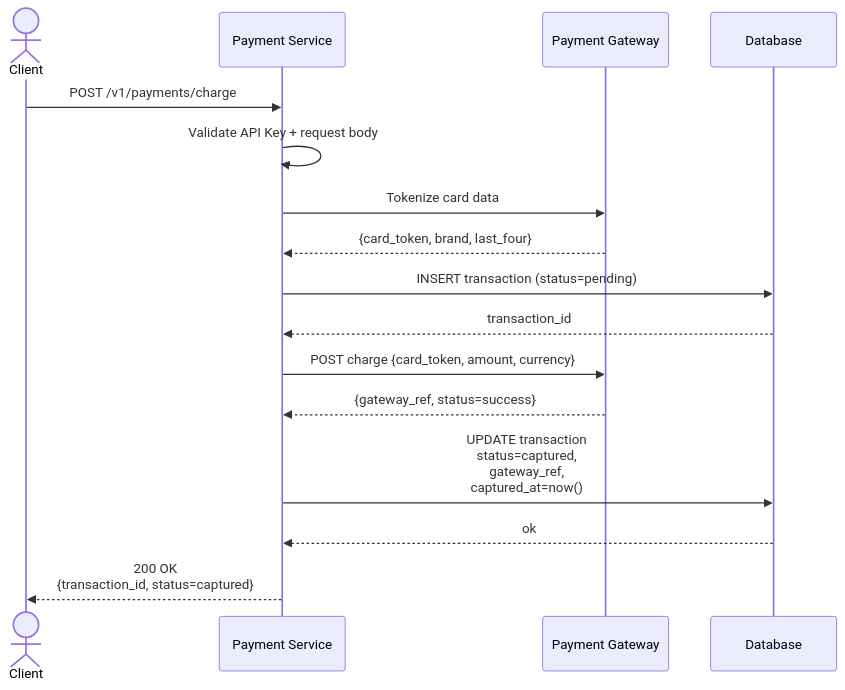
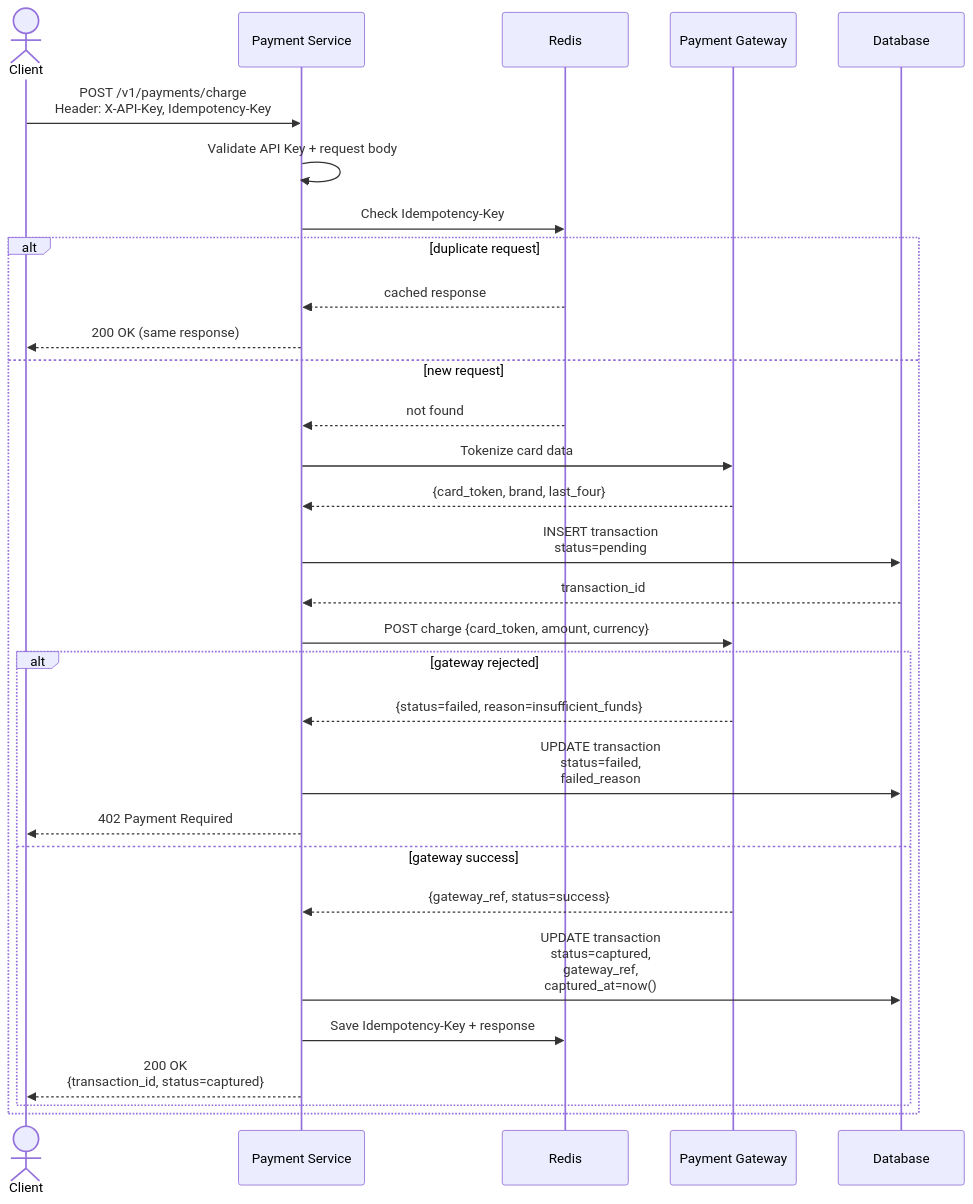
Before and after one commit to Noppawat3939/card-payment-service: the seventh of 7 diagrams in readme.md, drawn with Mermaid. The commit also changed other lines of this file and 1 other file, not shown here.

Commit message:
[DOC]: update README flow

````diff
--- a/readme.md
+++ b/readme.md
@@ -505,23 +527,38 @@
 ```mermaid
 sequenceDiagram
     actor C as Client
     participant S as Payment Service
+    participant R as Redis
     participant GW as Payment Gateway
     participant DB as Database
 
-    C->>S: POST /v1/payments/charge
+    C->>S: POST /v1/payments/charge<br/>Header: X-API-Key, Idempotency-Key
     S->>S: Validate API Key + request body
-    S->>GW: Tokenize card data
-    GW-->>S: {card_token, brand, last_four}
+    S->>R: Check Idempotency-Key
 
-    S->>DB: INSERT transaction (status=pending)
-    DB-->>S: transaction_id
+    alt duplicate request
+        R-->>S: cached response
+        S-->>C: 200 OK (same response)
+    else new request
+        R-->>S: not found
 
-    S->>GW: POST charge {card_token, amount, currency}
-    GW-->>S: {gateway_ref, status=success}
+        S->>GW: Tokenize card data
+        GW-->>S: {card_token, brand, last_four}
 
-    S->>DB: UPDATE transaction<br/>status=captured,<br/>gateway_ref,<br/>captured_at=now()
-    DB-->>S: ok
+        S->>DB: INSERT transaction<br/>status=pending
+        DB-->>S: transaction_id
 
-    S-->>C: 200 OK<br/>{transaction_id, status=captured}
+        S->>GW: POST charge {card_token, amount, currency}
+
+        alt gateway rejected
+            GW-->>S: {status=failed, reason=insufficient_funds}
+            S->>DB: UPDATE transaction<br/>status=failed,<br/>failed_reason
+            S-->>C: 402 Payment Required
+        else gateway success
+            GW-->>S: {gateway_ref, status=success}
+            S->>DB: UPDATE transaction<br/>status=captured,<br/>gateway_ref,<br/>captured_at=now()
+            S->>R: Save Idempotency-Key + response
+            S-->>C: 200 OK<br/>{transaction_id, status=captured}
+        end
+    end
 ```
````
